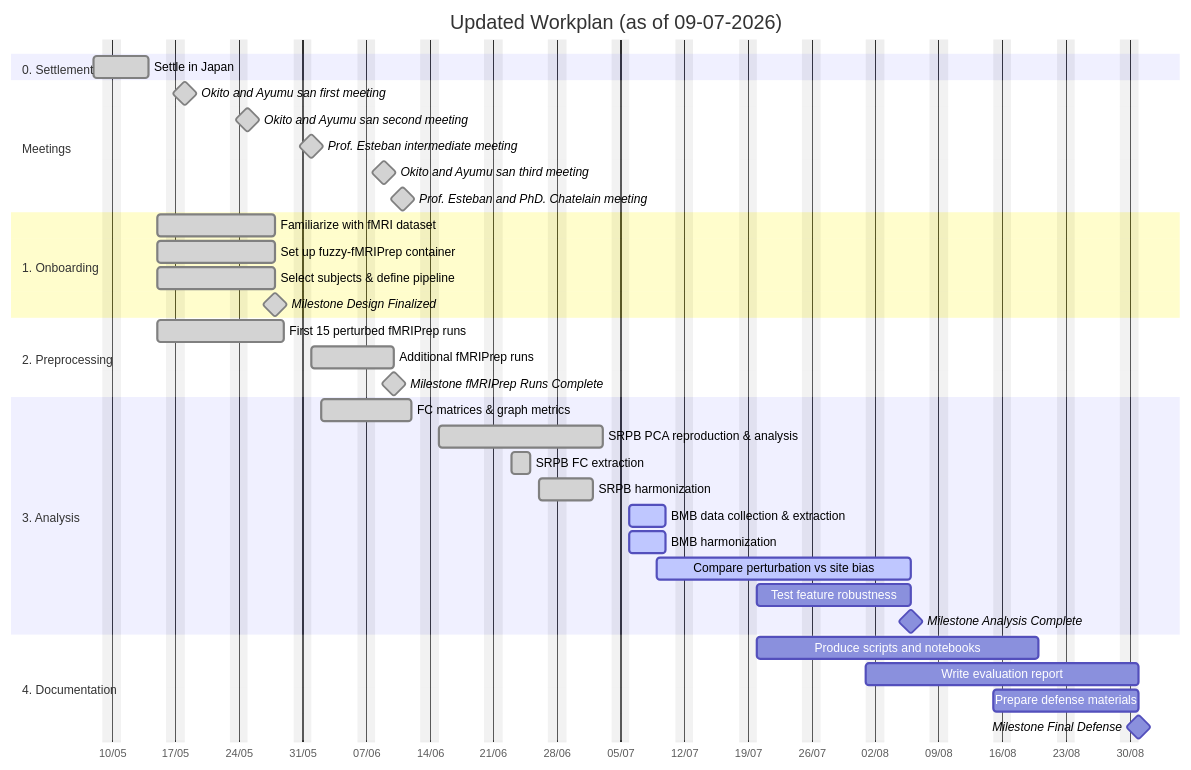
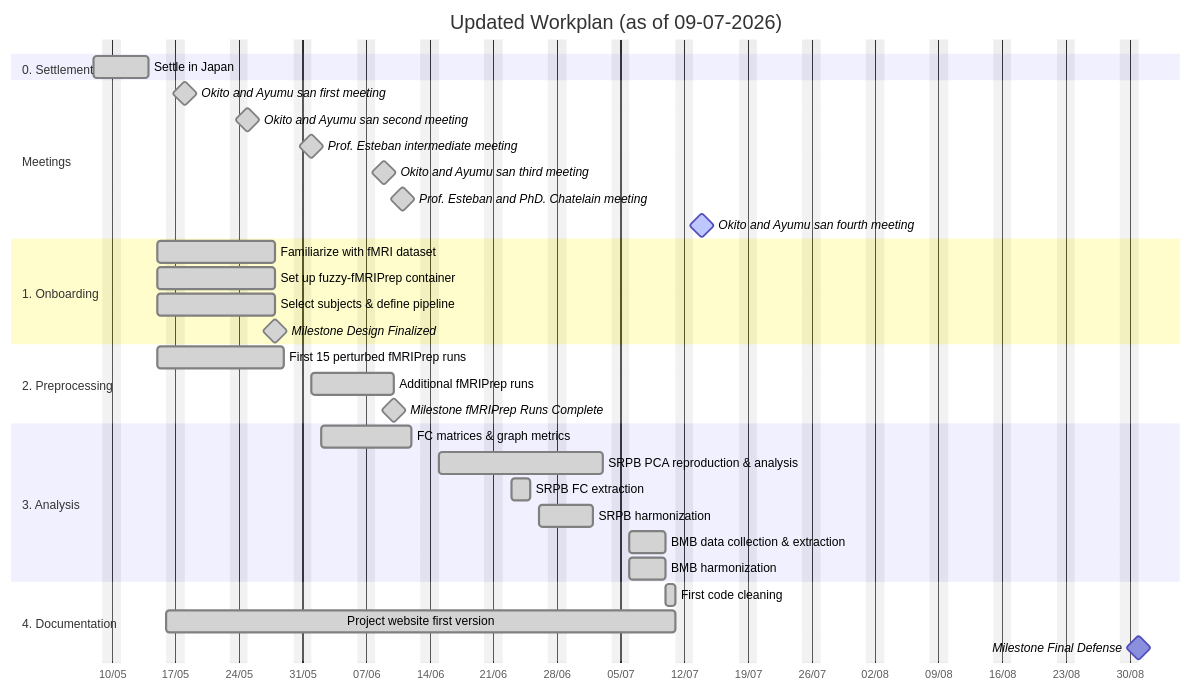
One commit to MadeInShineA/bachelor-thesis changed the diagram in site/index.qmd. Above: the diagram before and after it, drawn with Mermaid.

Commit message:
docs: Update home page gantt chart

````diff
--- a/site/index.qmd
+++ b/site/index.qmd
@@ -69,45 +69,42 @@
 ```{mermaid}
 gantt
     title Updated Workplan (as of 09-07-2026)
     dateFormat  YYYY-MM-DD
     axisFormat  %d/%m
     excludes weekends
 
     section 0. Settlement
     Settle in Japan :done, settlement, 2026-05-08, 2026-05-14
 
     section Meetings
     Okito and Ayumu san first meeting :done, milestone, meet1, 2026-05-18, 0d
     Okito and Ayumu san second meeting :done, milestone, meet2, 2026-05-25, 0d
     Prof. Esteban intermediate meeting :done, milestone, meet3, 2026-06-01, 0d
     Okito and Ayumu san third meeting :done, milestone, meet4, 2026-06-09, 0d
     Prof. Esteban and PhD. Chatelain meeting :done, milestone, meet5, 2026-06-11, 0d
+    Okito and Ayumu san fourth meeting :active, milestone, meet6, 2026-07-14, 0d
 
     section 1. Onboarding
     Familiarize with fMRI dataset       :done, p1t1, 2026-05-15, 2026-05-28
     Set up fuzzy-fMRIPrep container     :done, p1t2, 2026-05-15, 2026-05-28
     Select subjects & define pipeline   :done, p1t3, 2026-05-15, 2026-05-28
     Milestone Design Finalized          :done, milestone, m1, 2026-05-28, 0d
 
     section 2. Preprocessing
     First 15 perturbed fMRIPrep runs    :done, p2t1, 2026-05-15, 2026-05-29
     Additional fMRIPrep runs            :done, p2t2, 2026-06-01, 2026-06-10
     Milestone fMRIPrep Runs Complete    :done, milestone, m2, 2026-06-10, 0d
 
     section 3. Analysis
     FC matrices & graph metrics         :done, p3t1, 2026-06-02, 2026-06-12
     SRPB PCA reproduction & analysis    :done, p3t2, 2026-06-15, 2026-07-03
     SRPB FC extraction                  :done, p3t3, 2026-06-23, 2026-06-25
     SRPB harmonization                  :done, p3t4, 2026-06-26, 2026-07-02
-    BMB data collection & extraction    :active, p3t5, 2026-07-06, 2026-07-10
-    BMB harmonization                   :active, p3t6, 2026-07-06, 2026-07-10
-    Compare perturbation vs site bias   :active, p3t8, 2026-07-09, 2026-08-06
-    Test feature robustness             :p3t9, 2026-07-20, 2026-08-06
-    Milestone Analysis Complete         :milestone, m3, 2026-08-06, 0d
+    BMB data collection & extraction    :done, p3t5, 2026-07-06, 2026-07-10
+    BMB harmonization                   :done, p3t6, 2026-07-06, 2026-07-10
 
     section 4. Documentation
-    Produce scripts and notebooks       :p4t1, 2026-07-20, 2026-08-20
-    Write evaluation report             :p4t2, 2026-08-01, 2026-08-31
-    Prepare defense materials           :p4t3, 2026-08-15, 2026-08-31
+    First code cleaning         :done, p4t1, 2026-07-10, 1d
+    Project website first version :done, p4t2, 2026-05-16, 2026-07-11
     Milestone Final Defense             :milestone, m4, 2026-08-31, 0d
 ```
````
